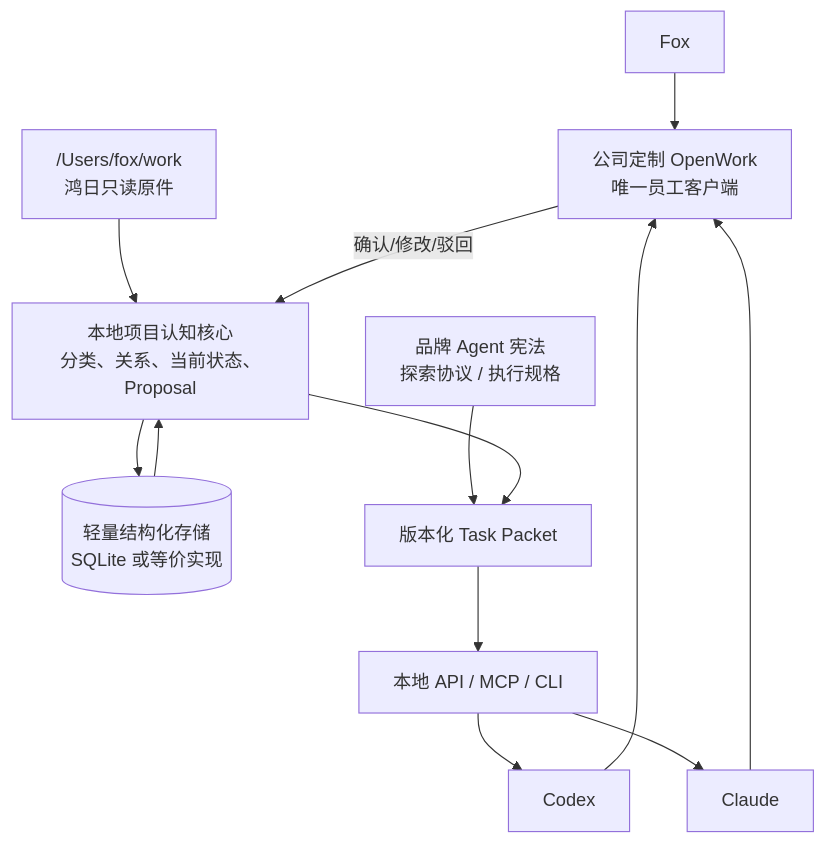
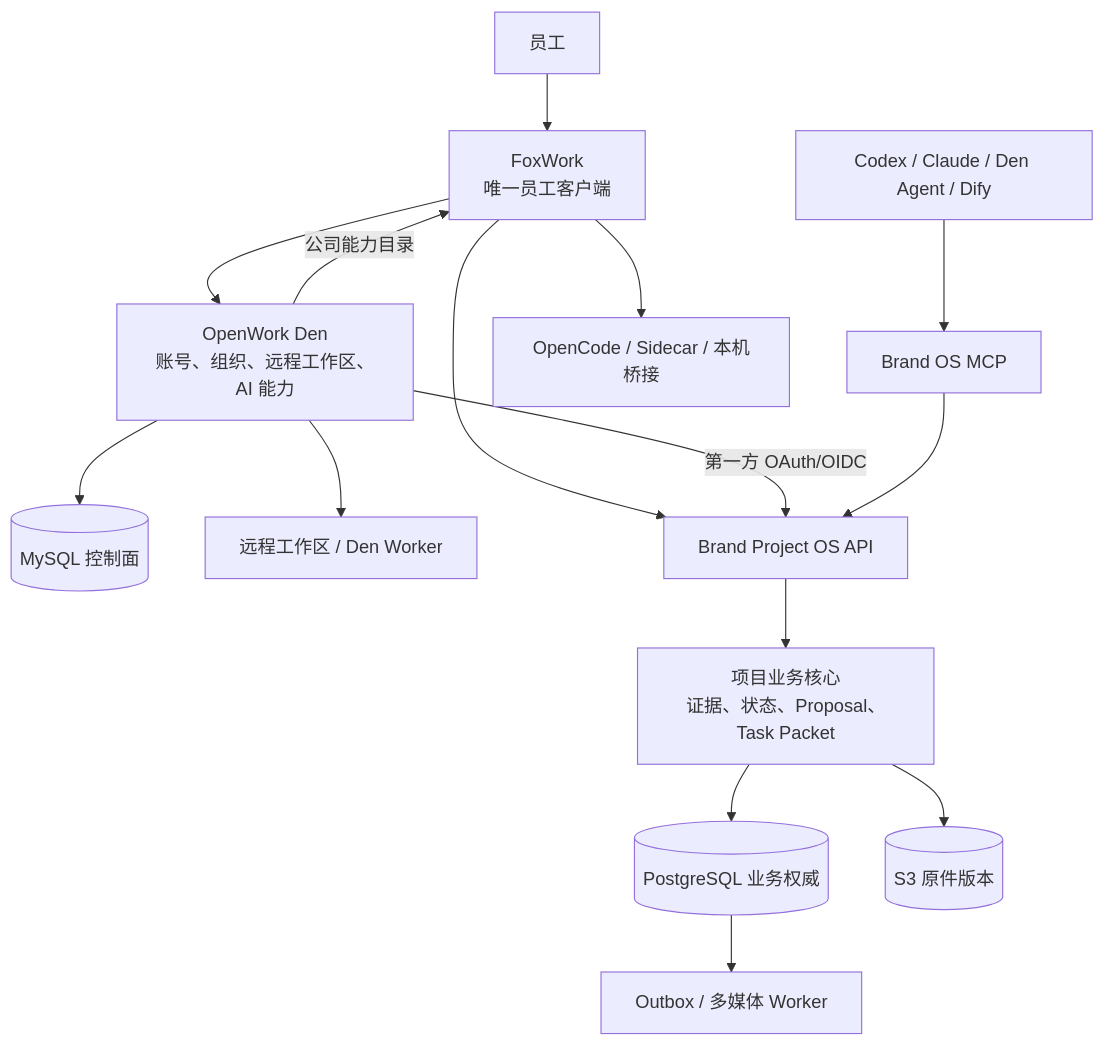
One commit to xingranya/fox changed the diagram in docs/analysis/project-overview.md. Above: the diagram before and after it, drawn with Mermaid. The commit also changed other lines of this file and 43 other files, not shown here.

First line of the commit message:
docs(spec): 统一 Den 与 Brand OS 活动规划

````diff
--- a/docs/analysis/project-overview.md
+++ b/docs/analysis/project-overview.md
@@ -65,25 +54,18 @@
 ```mermaid
 flowchart TB
-    FOX["Fox"]
-    UI["公司定制 OpenWork\n唯一员工客户端"]
-    SOURCE["/Users/fox/work\n鸿日只读原件"]
-    CORE["本地项目认知核心\n分类、关系、当前状态、Proposal"]
-    STORE[("轻量结构化存储\nSQLite 或等价实现")]
-    PACKET["版本化 Task Packet"]
-    MCP["本地 API / MCP / CLI"]
-    MODE["品牌 Agent 宪法\n探索协议 / 执行规格"]
-    CODEX["Codex"]
-    CLAUDE["Claude"]
+    EMP["员工"] --> FOXWORK["FoxWork\n唯一员工客户端"]
+    FOXWORK --> DEN["OpenWork Den\n账号、组织、远程工作区、AI 能力"]
+    DEN --> DENDB[("MySQL 控制面")]
+    DEN --> REMOTE["远程工作区 / Den Worker"]
 
-    SOURCE --> CORE
-    CORE --> STORE
-    STORE --> CORE
-    MODE --> PACKET
-    CORE --> PACKET --> MCP
-    MCP --> CODEX
-    MCP --> CLAUDE
-    CODEX --> UI
-    CLAUDE --> UI
-    FOX --> UI
-    UI -->|"确认/修改/驳回"| CORE
+    FOXWORK --> API["Brand Project OS API"]
+    API --> CORE["项目业务核心\n证据、状态、Proposal、Task Packet"]
+    CORE --> PG[("PostgreSQL 业务权威")]
+    CORE --> S3[("S3 原件版本")]
+    PG --> WORKER["Outbox / 多媒体 Worker"]
+
+    DEN -->|"第一方 OAuth/OIDC"| API
+    DEN -->|"公司能力目录"| FOXWORK
+    AGENTS["Codex / Claude / Den Agent / Dify"] --> MCP["Brand OS MCP"] --> API
+    FOXWORK --> LOCAL["OpenCode / Sidecar / 本机桥接"]
 ```
````
